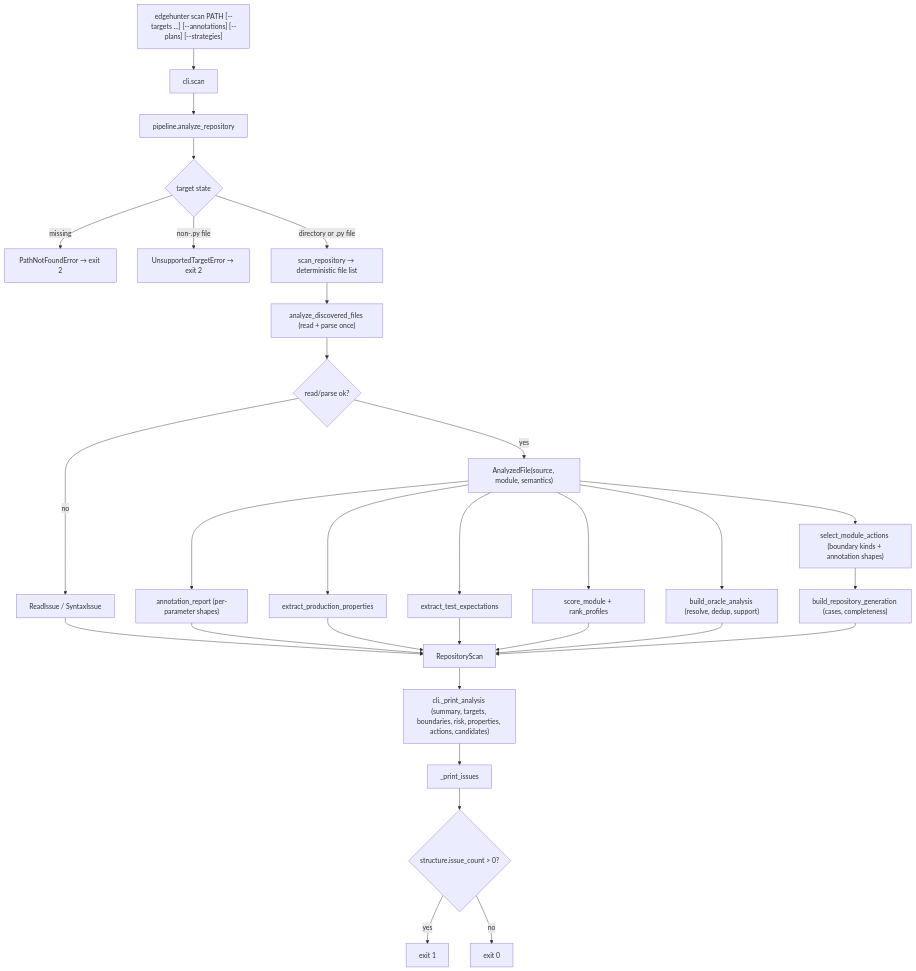
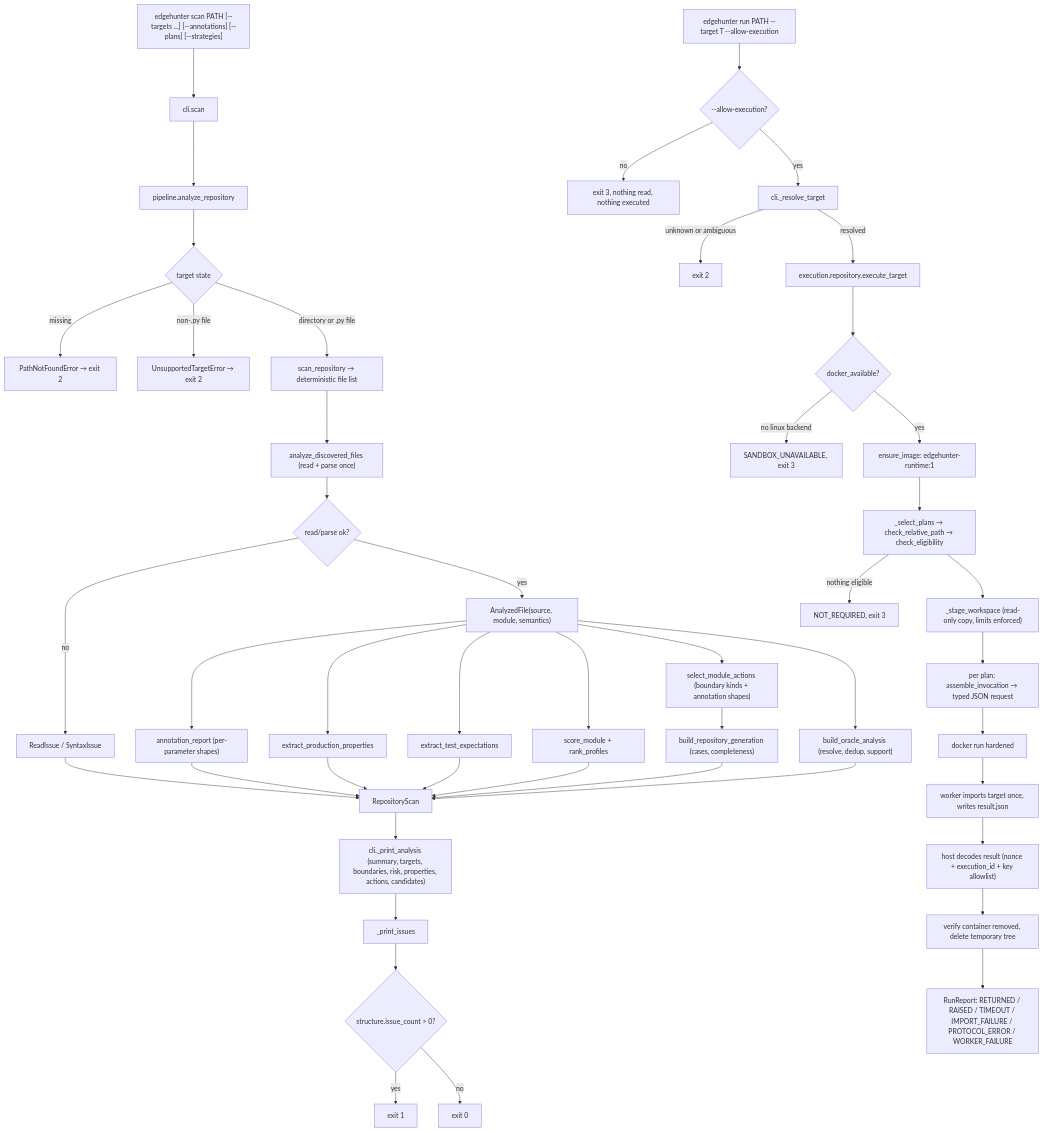
One commit to PrathamKapoor/Faultline changed the diagram in flow.md. Above: the diagram before and after it, drawn with Mermaid. The commit also changed other lines of this file and 2 other files, not shown here.

First line of the commit message:
Document the execution backend, its isolation boundary, and its limits

````diff
--- a/flow.md
+++ b/flow.md
@@ -255,32 +366,50 @@
 ```mermaid
 flowchart TD
     A["edgehunter scan PATH [--targets ...] [--annotations] [--plans] [--strategies]"] --> B["cli.scan"]
     B --> C["pipeline.analyze_repository"]
     C --> D{"target state"}
     D -->|missing| E["PathNotFoundError → exit 2"]
     D -->|"non-.py file"| F["UnsupportedTargetError → exit 2"]
     D -->|"directory or .py file"| G["scan_repository → deterministic file list"]
     G --> H["analyze_discovered_files (read + parse once)"]
     H --> I{"read/parse ok?"}
     I -->|no| J["ReadIssue / SyntaxIssue"]
     I -->|yes| K["AnalyzedFile(source, module, semantics)"]
     K --> Z["annotation_report (per-parameter shapes)"]
     K --> L["extract_production_properties"]
     K --> M["extract_test_expectations"]
     K --> N["score_module + rank_profiles"]
     K --> O["select_module_actions (boundary kinds + annotation shapes)"]
     K --> P["build_oracle_analysis (resolve, dedup, support)"]
     J --> Q["RepositoryScan"]
     Z --> Q
     L --> Q
     M --> Q
     N --> Q
     O --> R["build_repository_generation (cases, completeness)"]
     P --> Q
     R --> Q
     Q --> S["cli._print_analysis (summary, targets, boundaries, risk, properties, actions, candidates)"]
     S --> T["_print_issues"]
     T --> U{"structure.issue_count > 0?"}
     U -->|yes| V["exit 1"]
     U -->|no| W["exit 0"]
+
+    R1["edgehunter run PATH --target T --allow-execution"] --> R2{"--allow-execution?"}
+    R2 -->|no| R3["exit 3, nothing read, nothing executed"]
+    R2 -->|yes| R4["cli._resolve_target"]
+    R4 -->|"unknown or ambiguous"| R5["exit 2"]
+    R4 -->|resolved| R6["execution.repository.execute_target"]
+    R6 --> R7{"docker_available?"}
+    R7 -->|"no linux backend"| R8["SANDBOX_UNAVAILABLE, exit 3"]
+    R7 -->|yes| R9["ensure_image: edgehunter-runtime:1"]
+    R9 --> R10["_select_plans → check_relative_path → check_eligibility"]
+    R10 -->|"nothing eligible"| R11["NOT_REQUIRED, exit 3"]
+    R10 --> R12["_stage_workspace (read-only copy, limits enforced)"]
+    R12 --> R13["per plan: assemble_invocation → typed JSON request"]
+    R13 --> R14["docker run hardened"]
+    R14 --> R15["worker imports target once, writes result.json"]
+    R15 --> R16["host decodes result (nonce + execution_id + key allowlist)"]
+    R16 --> R17["verify container removed, delete temporary tree"]
+    R17 --> R18["RunReport: RETURNED / RAISED / TIMEOUT / IMPORT_FAILURE / PROTOCOL_ERROR / WORKER_FAILURE"]
 ```
````
